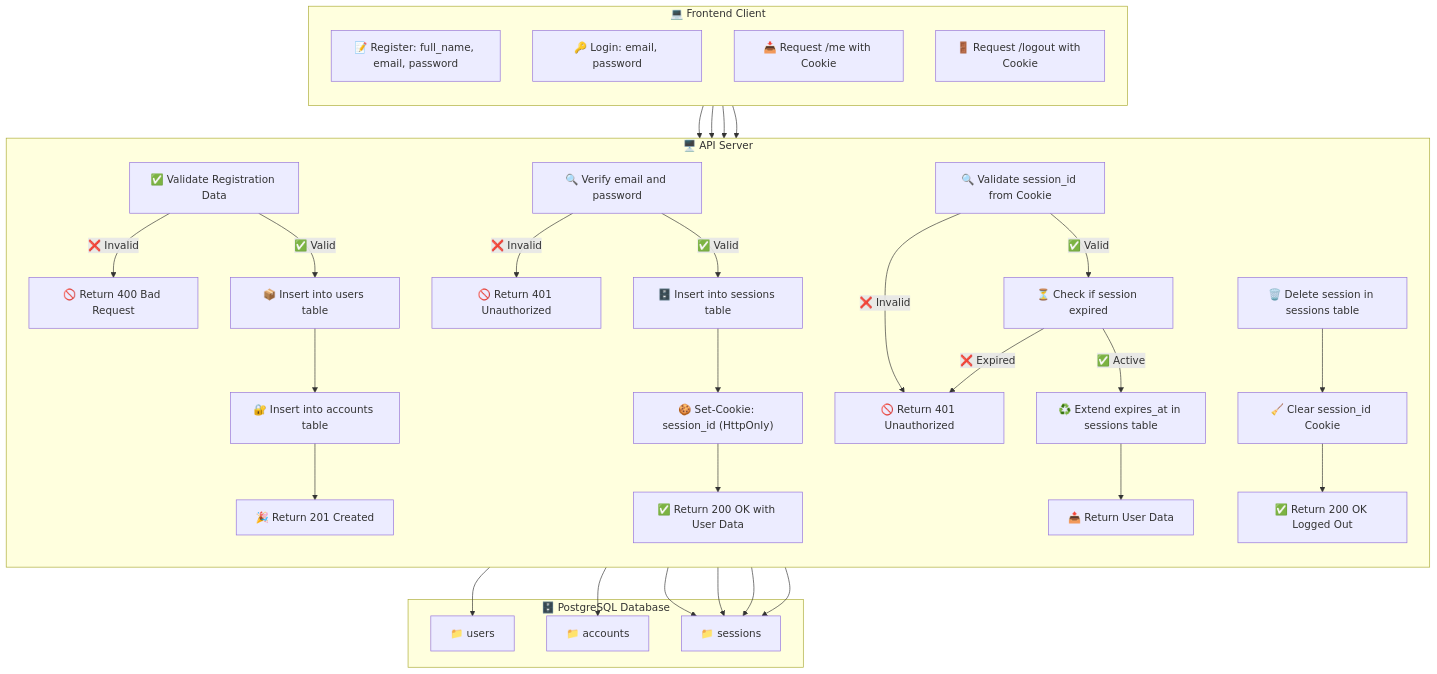
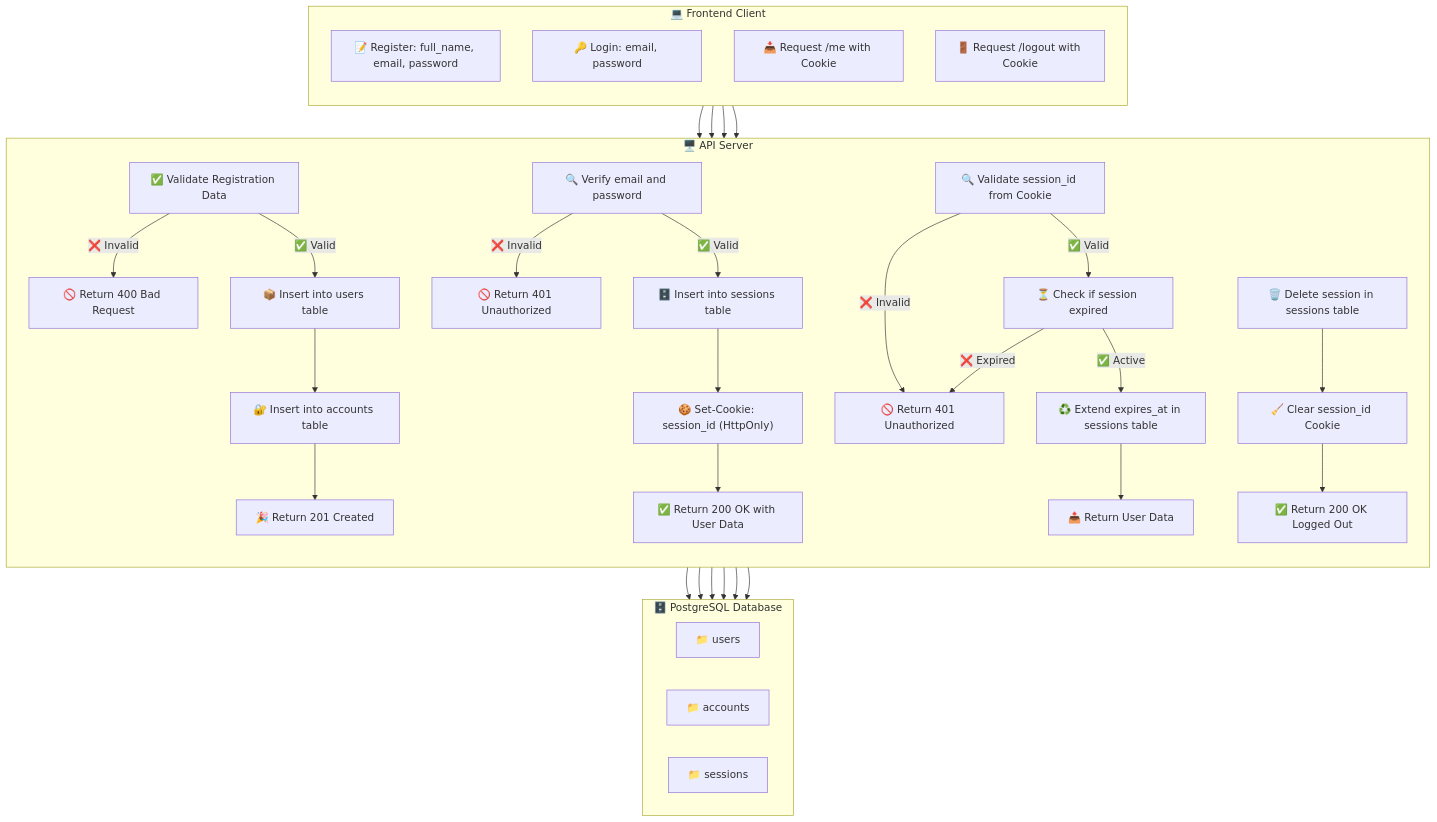
Before and after one commit to jordantanaliga100/tokenBasedAuth: the diagram in Readme.md, drawn with Mermaid. The commit also changed other lines of this file and 18 other files, not shown here.

````diff
--- a/Readme.md
+++ b/Readme.md
@@ -41,58 +41,59 @@
 ```mermaid
 flowchart TD
     %% CLIENT
     subgraph CLIENT [💻 Frontend Client]
         direction TB
         REG["📝 Register: full_name, email, password"]
         LOG["🔑 Login: email, password"]
         ME["📥 Request /me with Cookie"]
         OUT["🚪 Request /logout with Cookie"]
     end
 
     %% SERVER
     subgraph SERVER [🖥️ API Server]
         direction TB
 
         %% Register
         REG --> REG_VALIDATE["✅ Validate Registration Data"]
         REG_VALIDATE -- ❌ Invalid --> REG_ERR["🚫 Return 400 Bad Request"]
         REG_VALIDATE -- ✅ Valid --> REG_USERS["📦 Insert into users table"]
         REG_USERS --> REG_ACCOUNTS["🔐 Insert into accounts table"]
         REG_ACCOUNTS --> REG_DONE["🎉 Return 201 Created"]
 
         %% Login
         LOG --> LOG_VERIFY["🔍 Verify email and password"]
         LOG_VERIFY -- ❌ Invalid --> LOG_ERR["🚫 Return 401 Unauthorized"]
         LOG_VERIFY -- ✅ Valid --> LOG_SESSION["🗄️ Insert into sessions table"]
         LOG_SESSION --> LOG_COOKIE["🍪 Set-Cookie: session_id (HttpOnly)"]
         LOG_COOKIE --> LOG_DONE["✅ Return 200 OK with User Data"]
 
         %% Me
         ME --> ME_VALIDATE["🔍 Validate session_id from Cookie"]
         ME_VALIDATE -- ❌ Invalid --> ME_ERR["🚫 Return 401 Unauthorized"]
         ME_VALIDATE -- ✅ Valid --> ME_CHECK_EXP["⏳ Check if session expired"]
         ME_CHECK_EXP -- ❌ Expired --> ME_ERR
         ME_CHECK_EXP -- ✅ Active --> ME_EXTEND["♻️ Extend expires_at in sessions table"]
         ME_EXTEND --> ME_DONE["📤 Return User Data"]
 
         %% Logout
         OUT --> OUT_DELETE["🗑️ Delete session in sessions table"]
         OUT_DELETE --> OUT_CLEAR["🧹 Clear session_id Cookie"]
         OUT_CLEAR --> OUT_DONE["✅ Return 200 OK Logged Out"]
     end
 
     %% DATABASE
     subgraph DB [🗄️ PostgreSQL Database]
+     direction RL
         USERS["📁 users"]
         ACCOUNTS["📁 accounts"]
         SESSIONS["📁 sessions"]
     end
 
     %% DB Interactions
     REG_USERS --> USERS
     REG_ACCOUNTS --> ACCOUNTS
     LOG_SESSION --> SESSIONS
     ME_VALIDATE --> SESSIONS
     ME_EXTEND --> SESSIONS
     OUT_DELETE --> SESSIONS
 ```
````
